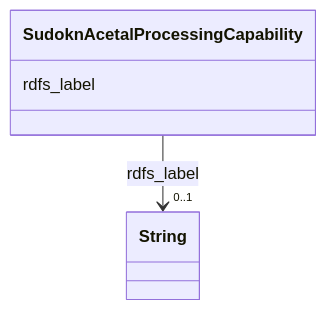
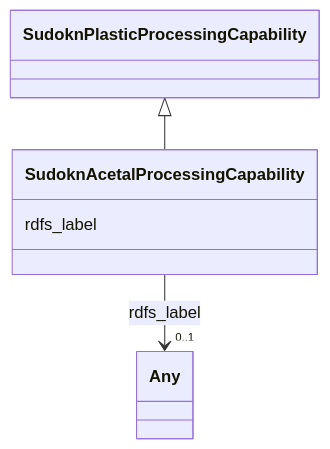
One commit to frink-okn/graph-descriptions changed the diagram in sudokn-kg/classes/SudoknAcetalProcessingCapability.md. Above: the diagram before and after it, drawn with Mermaid. The commit also changed other lines of this file and 903 other files, not shown here.

````diff
--- a/sudokn-kg/classes/SudoknAcetalProcessingCapability.md
+++ b/sudokn-kg/classes/SudoknAcetalProcessingCapability.md
@@ -23,15 +18,18 @@
 ```mermaid
  classDiagram
     class SudoknAcetalProcessingCapability
     click SudoknAcetalProcessingCapability href "../SudoknAcetalProcessingCapability"
+      SudoknPlasticProcessingCapability <|-- SudoknAcetalProcessingCapability
+        click SudoknPlasticProcessingCapability href "../SudoknPlasticProcessingCapability"
+      
       SudoknAcetalProcessingCapability : rdfs_label
         
           
     
     
-    SudoknAcetalProcessingCapability --> "0..1" String : rdfs_label
-    click String href "../String"
+    SudoknAcetalProcessingCapability --> "0..1" Any : rdfs_label
+    click Any href "../Any"
 
         
       
 ```
````
